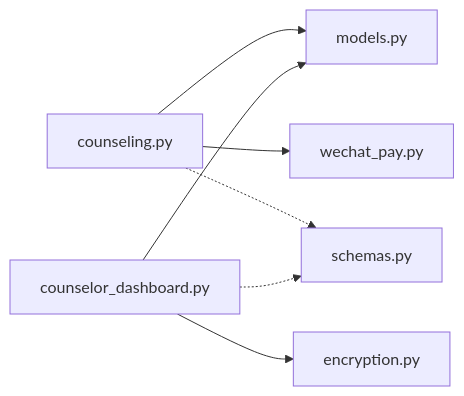
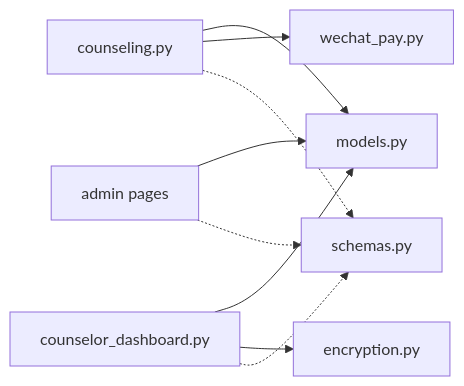
The seventh of 7 diagrams in .qoder/repowiki/zh/content/数据库设计/实体模型设计/咨询师预约模型.md (peace-lab-global/hush.ai), drawn with Mermaid before and after one commit. The commit also changed other lines of this file and 92 other files, not shown here.

````diff
--- a/.qoder/repowiki/zh/content/数据库设计/实体模型设计/咨询师预约模型.md
+++ b/.qoder/repowiki/zh/content/数据库设计/实体模型设计/咨询师预约模型.md
@@ -384,9 +395,11 @@
 ```mermaid
 graph LR
 API["counseling.py"] --> Models["models.py"]
 Dashboard["counselor_dashboard.py"] --> Models
+Admin["admin pages"] --> Models
 API --> Pay["wechat_pay.py"]
 Dashboard --> Enc["encryption.py"]
 API -.-> Schemas["schemas.py"]
 Dashboard -.-> Schemas
+Admin -.-> Schemas
 ```
````
